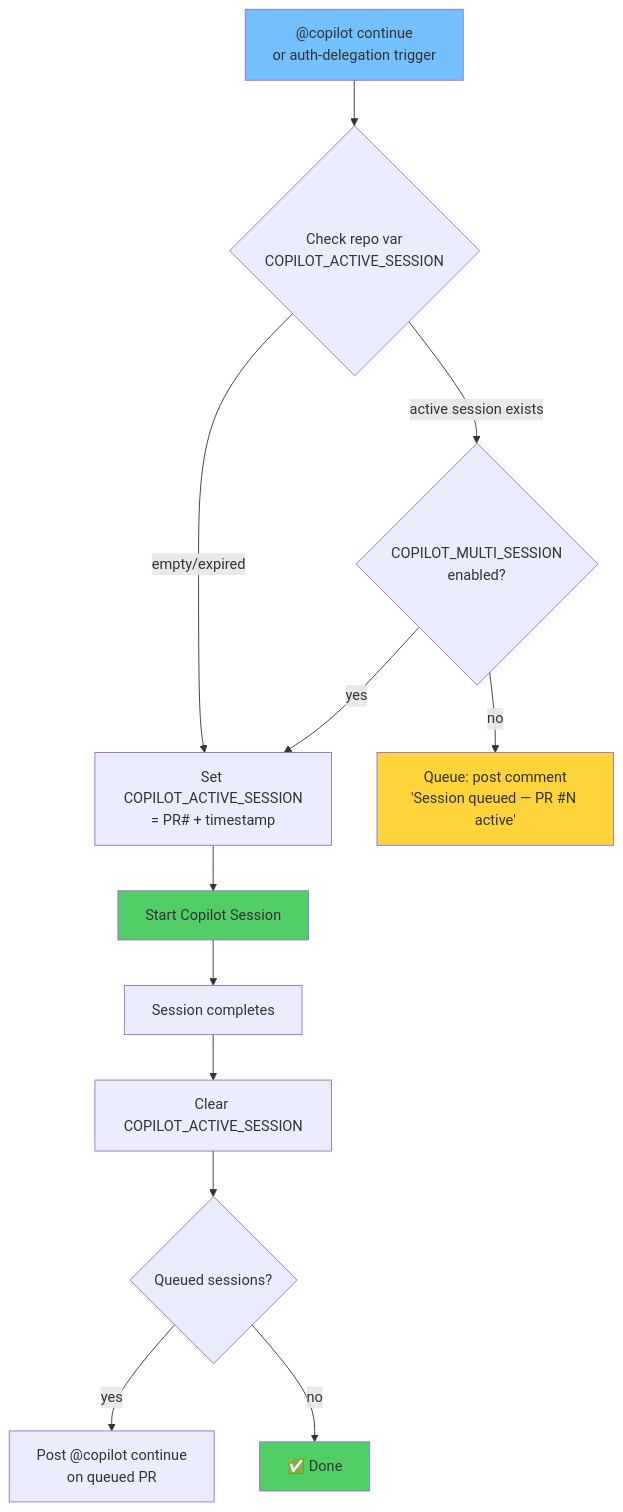
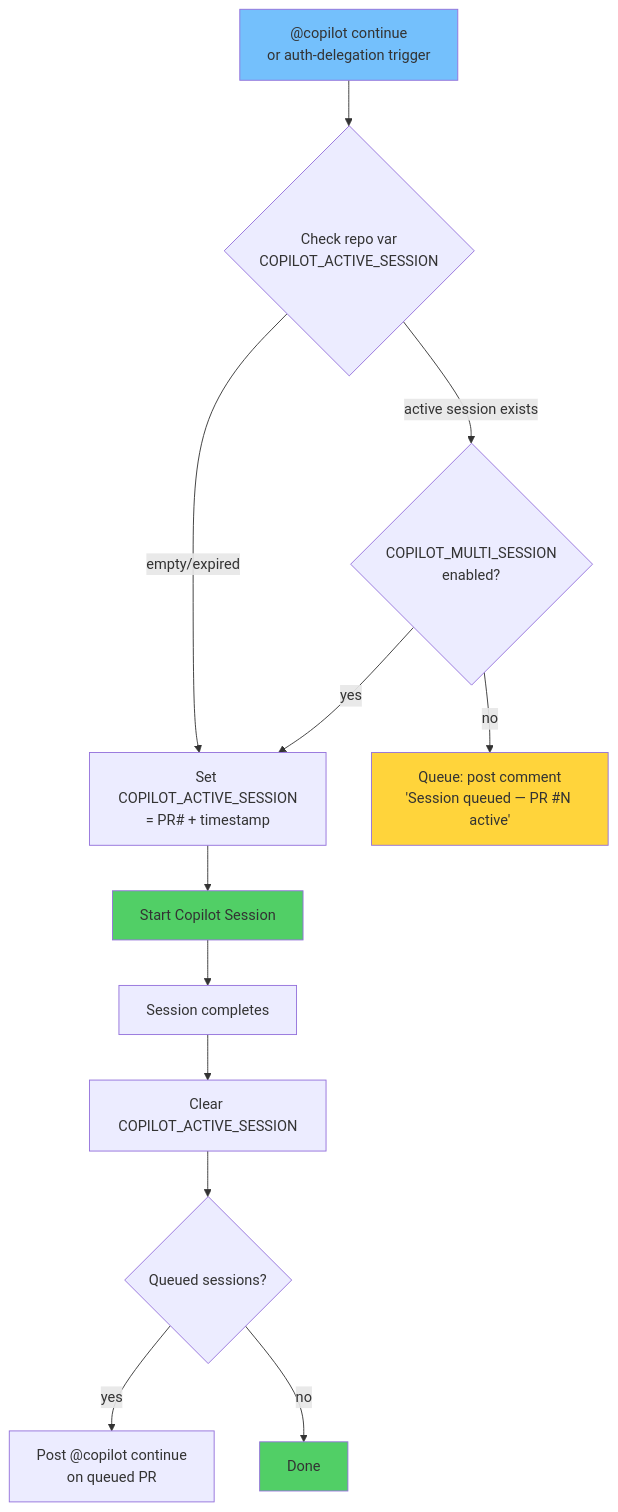
Before and after one commit to Aries-Serpent/_codex_: the sixth of 23 diagrams in docs/plans/AUTONOMOUS_SELF_HEALING_PROPOSAL_S182.md, drawn with Mermaid. The commit also changed other lines of this file and 2029 other files, not shown here.

````diff
--- a/docs/plans/AUTONOMOUS_SELF_HEALING_PROPOSAL_S182.md
+++ b/docs/plans/AUTONOMOUS_SELF_HEALING_PROPOSAL_S182.md
@@ -250,23 +252,23 @@
 ```mermaid
 %%{init: {'accessibility': {'title': 'Flowchart showing "@copilot continue<br/>or auth-delegation trigger", Set COPILOT_ACTIVE_SESSION<br/>= PR# + timestamp'}}%%
 flowchart TD
     TRIGGER["@copilot continue<br/>or auth-delegation trigger"] --> CHECK{Check repo var<br/>COPILOT_ACTIVE_SESSION}
 
     CHECK -->|empty/expired| ACQUIRE[Set COPILOT_ACTIVE_SESSION<br/>= PR# + timestamp]
     CHECK -->|active session exists| MULTI{COPILOT_MULTI_SESSION<br/>enabled?}
 
     MULTI -->|yes| ACQUIRE
     MULTI -->|no| QUEUE[Queue: post comment<br/>'Session queued — PR #N active']
 
     ACQUIRE --> RUN[Start Copilot Session]
     RUN --> COMPLETE[Session completes]
     COMPLETE --> RELEASE[Clear COPILOT_ACTIVE_SESSION]
     RELEASE --> NEXT{Queued sessions?}
     NEXT -->|yes| TRIGGER_NEXT["Post @copilot continue<br/>on queued PR"]
-    NEXT -->|no| DONE[✅ Done]
+    NEXT -->|no| DONE[ Done]
 
     style TRIGGER fill:#74c0fc
     style QUEUE fill:#ffd43b
     style RUN fill:#51cf66
     style DONE fill:#51cf66
 ```
````
